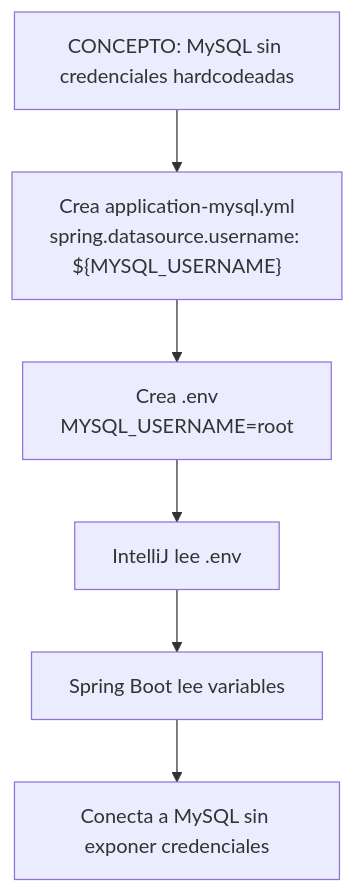
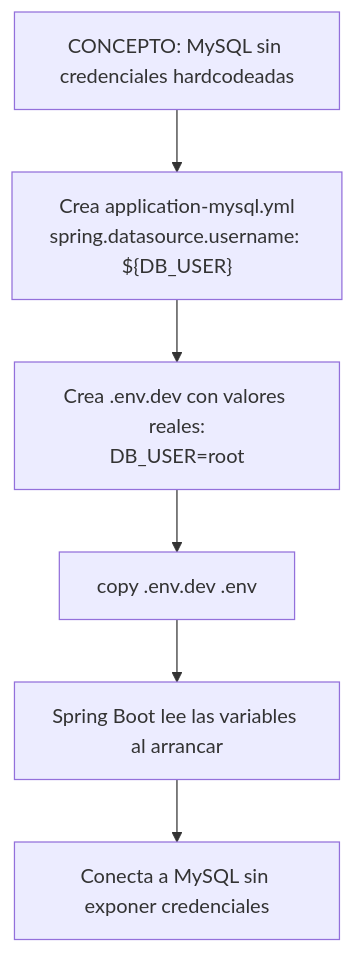
The fourth of 4 diagrams in docs/lessons/11-database-config/11_flujo_completo.md (cmartinezs/DSY1103-FULLSTACK-I-BACKEND), drawn with Mermaid before and after one commit. The commit also changed other lines of this file and 9 other files, not shown here.

````diff
--- a/docs/lessons/11-database-config/11_flujo_completo.md
+++ b/docs/lessons/11-database-config/11_flujo_completo.md
@@ -91,8 +91,8 @@
 ```mermaid
 flowchart TD
-    C["CONCEPTO: MySQL sin credenciales hardcodeadas"] --> A1["Crea application-mysql.yml<br/>spring.datasource.username: ${MYSQL_USERNAME}"]
-    A1 --> A2[Crea .env<br/>MYSQL_USERNAME=root]
-    A2 --> A3[IntelliJ lee .env]
-    A3 --> A4[Spring Boot lee variables]
+    C["CONCEPTO: MySQL sin credenciales hardcodeadas"] --> A1["Crea application-mysql.yml<br/>spring.datasource.username: ${DB_USER}"]
+    A1 --> A2["Crea .env.dev con valores reales:<br/>DB_USER=root"]
+    A2 --> A3["copy .env.dev .env"]
+    A3 --> A4[Spring Boot lee las variables al arrancar]
     A4 --> R[Conecta a MySQL sin exponer credenciales]
 ```
````
